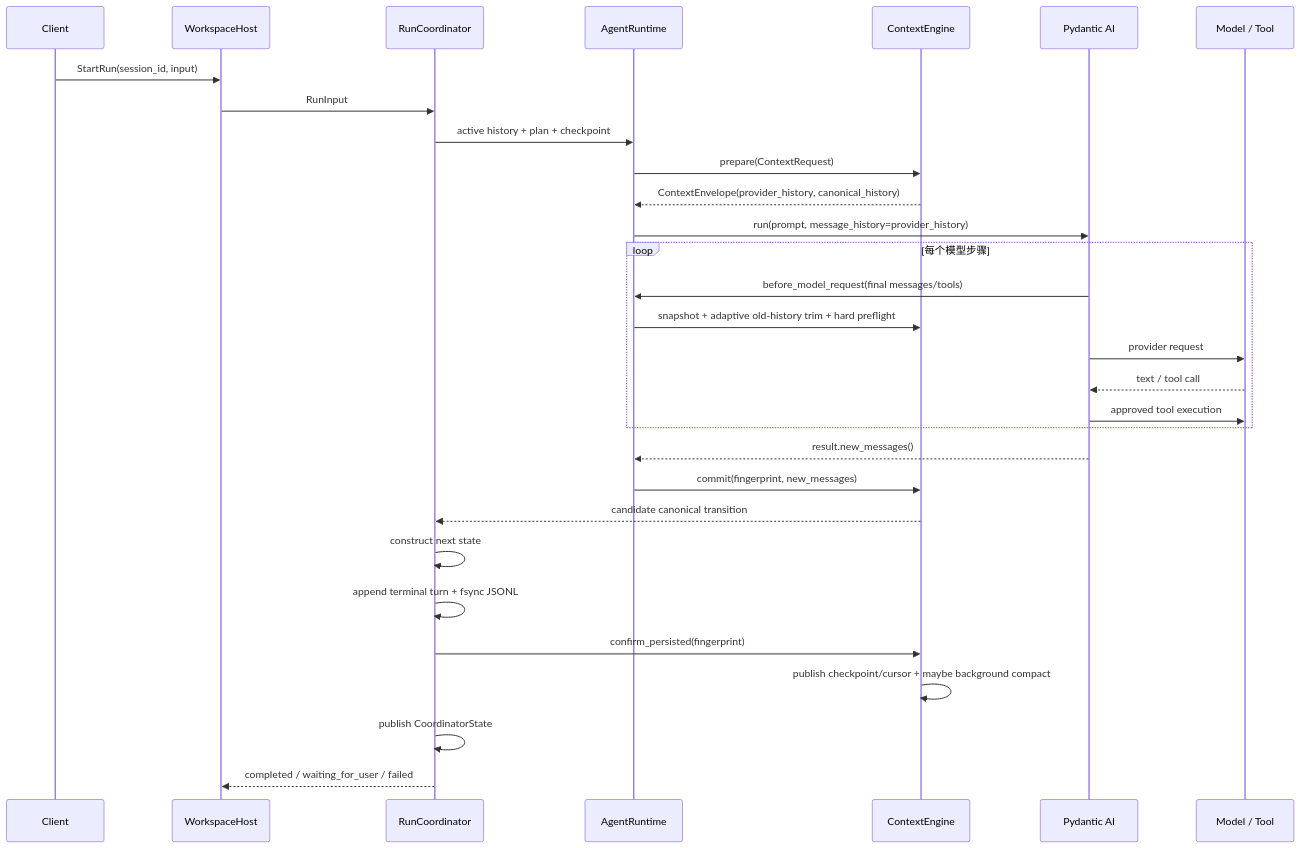
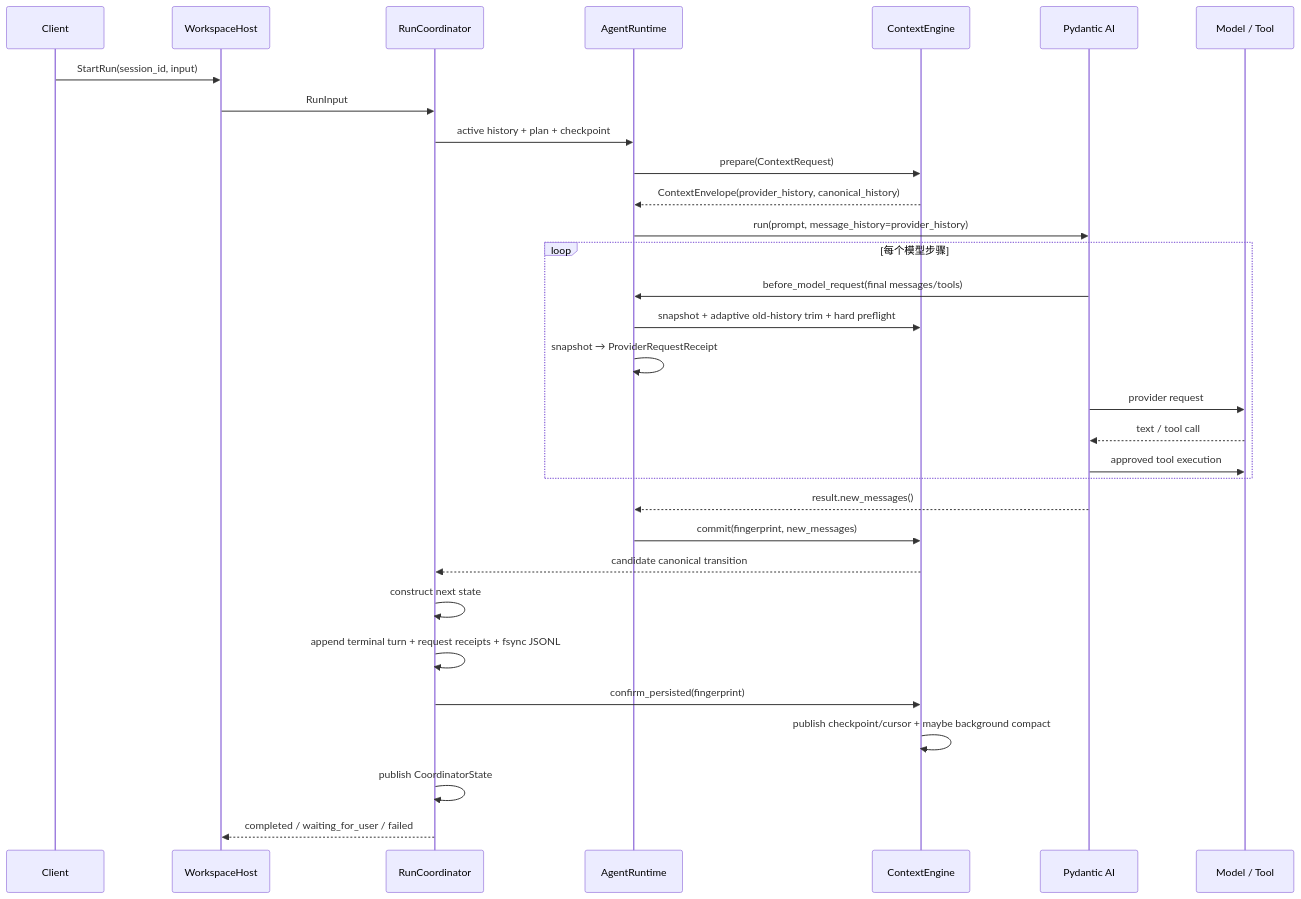
One commit to JasonYZzz/lumen changed the second of 2 diagrams in docs/architecture-guide/03-context-and-memory.md. Above: the diagram before and after it, drawn with Mermaid. The commit also changed other lines of this file and 162 other files, not shown here.

````diff
--- a/docs/architecture-guide/03-context-and-memory.md
+++ b/docs/architecture-guide/03-context-and-memory.md
@@ -155,33 +157,34 @@
 ```mermaid
 sequenceDiagram
   participant C as Client
   participant H as WorkspaceHost
   participant R as RunCoordinator
   participant A as AgentRuntime
   participant E as ContextEngine
   participant P as Pydantic AI
   participant M as Model / Tool
 
   C->>H: StartRun(session_id, input)
   H->>R: RunInput
   R->>A: active history + plan + checkpoint
   A->>E: prepare(ContextRequest)
   E-->>A: ContextEnvelope(provider_history, canonical_history)
   A->>P: run(prompt, message_history=provider_history)
   loop 每个模型步骤
     P->>A: before_model_request(final messages/tools)
     A->>E: snapshot + adaptive old-history trim + hard preflight
+    A->>A: snapshot → ProviderRequestReceipt
     P->>M: provider request
     M-->>P: text / tool call
     P->>M: approved tool execution
   end
   P-->>A: result.new_messages()
   A->>E: commit(fingerprint, new_messages)
   E-->>R: candidate canonical transition
   R->>R: construct next state
-  R->>R: append terminal turn + fsync JSONL
+  R->>R: append terminal turn + request receipts + fsync JSONL
   R->>E: confirm_persisted(fingerprint)
   E->>E: publish checkpoint/cursor + maybe background compact
   R->>R: publish CoordinatorState
   R-->>H: completed / waiting_for_user / failed
 ```
````
